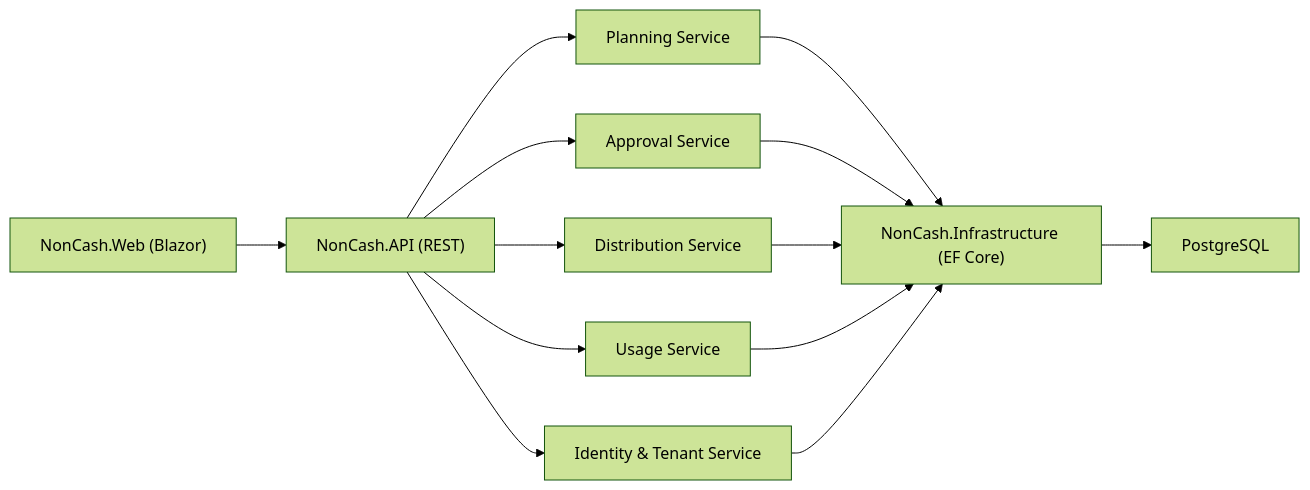
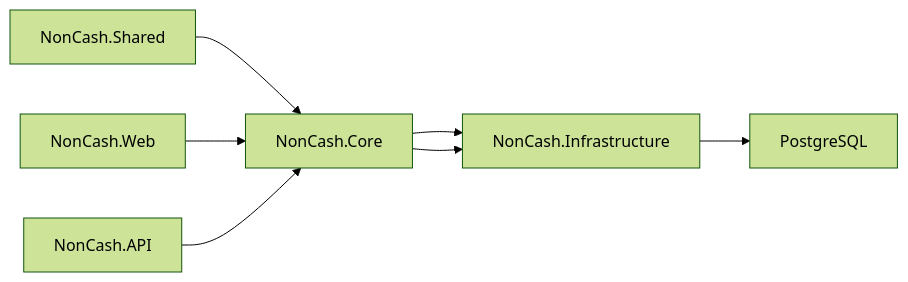
The seventh of 7 diagrams in .qoder/repowiki/en/content/Project Overview/Project Overview.md (lamhongbac/NonCash), drawn with Mermaid (forest theme) before and after one commit. The commit also changed other lines of this file and 13 other files, not shown here.

````diff
--- a/.qoder/repowiki/en/content/Project Overview/Project Overview.md
+++ b/.qoder/repowiki/en/content/Project Overview/Project Overview.md
@@ -295,15 +349,9 @@
 ```mermaid
 graph LR
-FE["NonCash.Web (Blazor)"] --> BE["NonCash.API (REST)"]
-BE --> MS1["Planning Service"]
-BE --> MS2["Approval Service"]
-BE --> MS3["Distribution Service"]
-BE --> MS4["Usage Service"]
-BE --> MS5["Identity & Tenant Service"]
-MS1 --> DAL["NonCash.Infrastructure (EF Core)"]
-MS2 --> DAL
-MS3 --> DAL
-MS4 --> DAL
-MS5 --> DAL
-DAL --> DB["PostgreSQL"]
+SH["NonCash.Shared"] --> CORE["NonCash.Core"]
+CORE --> INF["NonCash.Infrastructure"]
+WEB["NonCash.Web"] --> CORE
+API["NonCash.API"] --> CORE
+INF --> DB["PostgreSQL"]
+CORE --> INF
 ```
````
